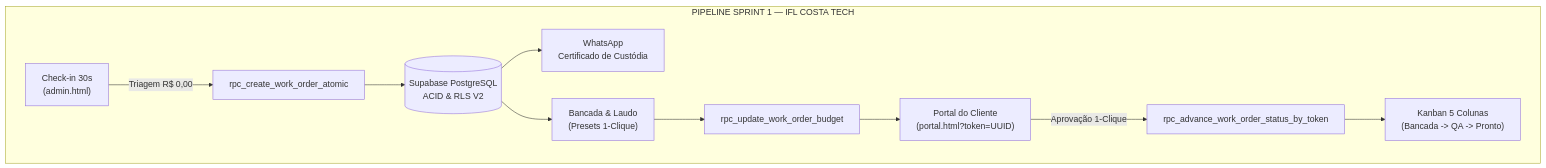
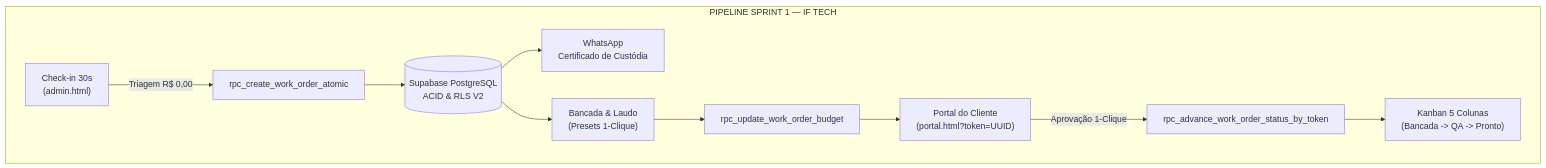
The diagram in docs/ops/MASTER_QA_SPRINT1_CERTIFICATION.md (iflcosta/iflcosta-tech), drawn with Mermaid before and after one commit. The commit also changed other lines of this file and 40 other files, not shown here.

Commit message:
chore(brand): rebrand system and documentation from IFL Costa Tech to IF Tech

````diff
--- a/docs/ops/MASTER_QA_SPRINT1_CERTIFICATION.md
+++ b/docs/ops/MASTER_QA_SPRINT1_CERTIFICATION.md
@@ -18,14 +18,14 @@
 ```mermaid
 graph LR
-    subgraph SPRINT1_PIPELINE["PIPELINE SPRINT 1 — IFL COSTA TECH"]
+    subgraph SPRINT1_PIPELINE["PIPELINE SPRINT 1 — IF TECH"]
         direction LR
         IN["Check-in 30s<br/>(admin.html)"] -->|Triagem R$ 0,00| RPC1["rpc_create_work_order_atomic"]
         RPC1 --> DB[("Supabase PostgreSQL<br/>ACID & RLS V2")]
         DB --> WPP1["WhatsApp<br/>Certificado de Custódia"]
         DB --> BANCADA["Bancada & Laudo<br/>(Presets 1-Clique)"]
         BANCADA --> RPC2["rpc_update_work_order_budget"]
         RPC2 --> PORTAL["Portal do Cliente<br/>(portal.html?token=UUID)"]
         PORTAL -->|Aprovação 1-Clique| RPC3["rpc_advance_work_order_status_by_token"]
         RPC3 --> KANBAN["Kanban 5 Colunas<br/>(Bancada -> QA -> Pronto)"]
     end
 ```
````
